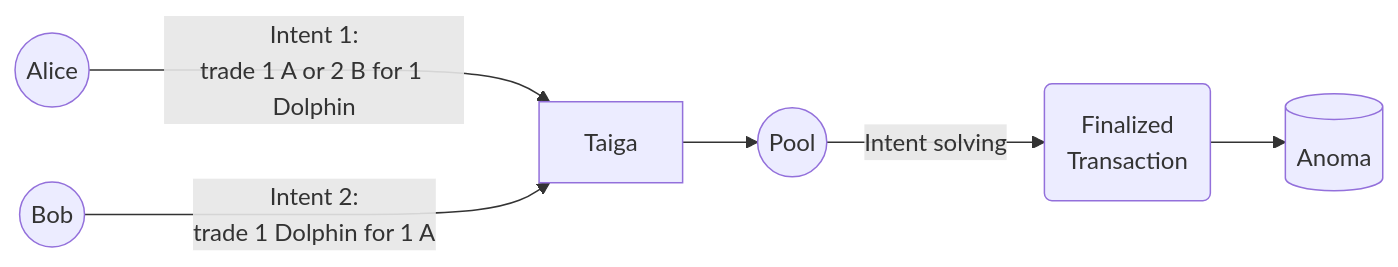
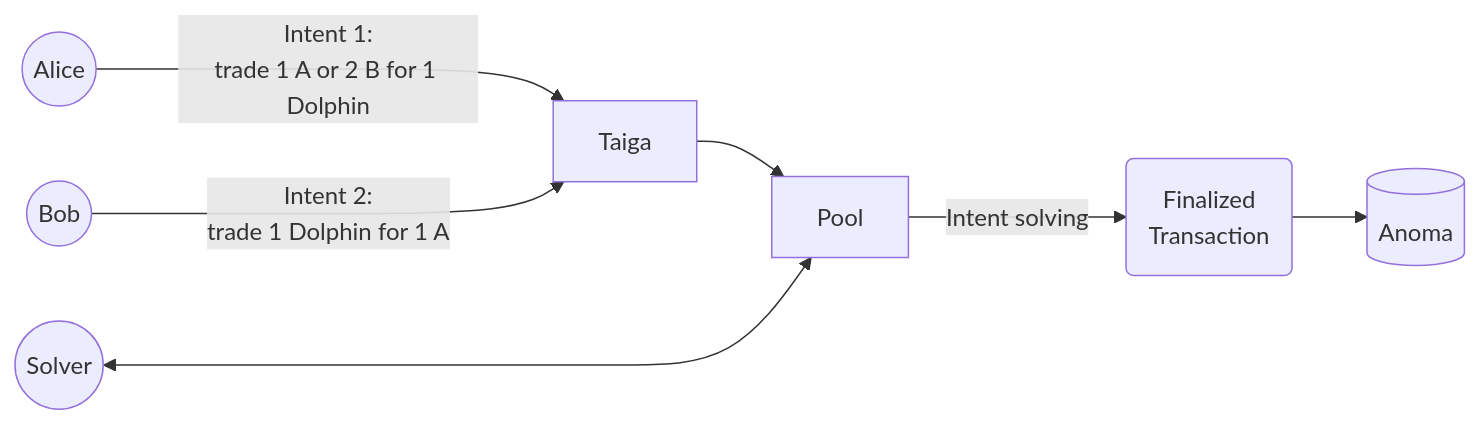
The first of 3 diagrams in docs/index.md (anoma/juvix-docs), drawn with Mermaid before and after one commit. The commit also changed other lines of this file, not shown here.

Commit message:
Add diagram for transaction/intent lifecycle

````diff
--- a/docs/index.md
+++ b/docs/index.md
@@ -79,9 +80,9 @@
-```mermaid
-flowchart LR
-    A((Alice)) -- "Intent 1:\ntrade 1 A or 2 B for 1 Dolphin" ---> B[Taiga]
-    X((Bob)) -- "Intent 2:\ntrade 1 Dolphin for 1 A" ---> B
-    B --> P((Pool))
-    P -- "Intent solving" --> Z("Finalized\nTransaction")
-    Z --> O[(Anoma)]
-
-```
+    ```mermaid
+    flowchart LR
+        A((Alice)) -- "Intent 1:\ntrade 1 A or 2 B for 1 Dolphin" ---> B[Taiga]
+        X((Bob)) -- "Intent 2:\ntrade 1 Dolphin for 1 A" ---> B
+        B --> P[Pool]
+        S((Solver)) <----> P
+        P -- "Intent solving" --> Z("Finalized\nTransaction")
+        Z --> O[(Anoma)]
+    ```
````
